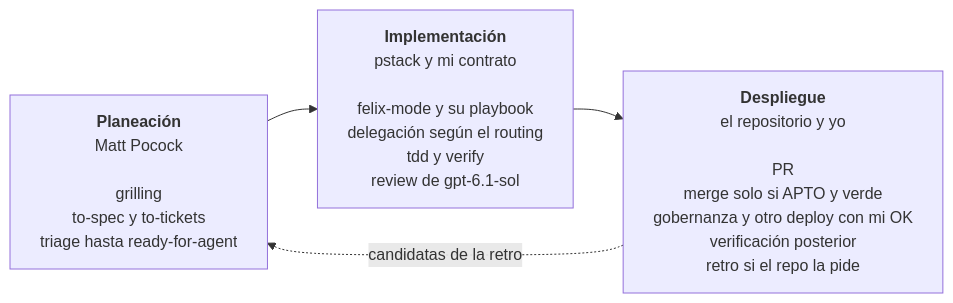
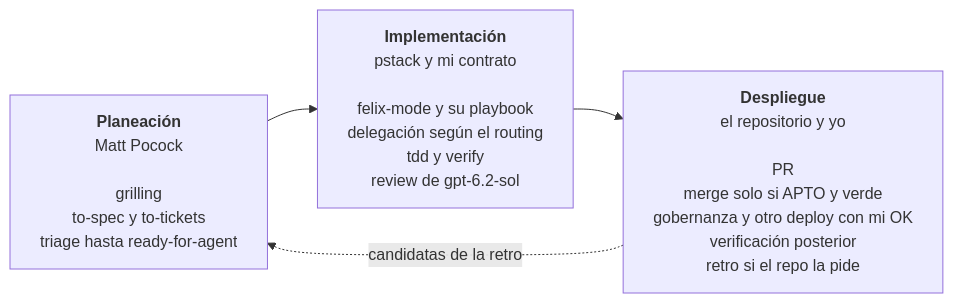
Before and after one commit to Cosmonaut-itc/felix-agent-engineering: the diagram in README.md, drawn with Mermaid. The commit also changed other lines of this file and 10 other files, not shown here.

First line of the commit message:
chore(routing): gpt-6.2-sol y gpt-6.2-astra sustituyen a 6.1-sol y 6-astra

````diff
--- a/README.md
+++ b/README.md
@@ -20,13 +20,13 @@
 ```mermaid
 ---
 config:
   flowchart:
     wrappingWidth: 320
 ---
 flowchart LR
   P["<b>Planeación</b><br/>Matt Pocock<br/><br/>grilling<br/>to-spec y to-tickets<br/>triage hasta ready-for-agent"]
-  I["<b>Implementación</b><br/>pstack y mi contrato<br/><br/>felix-mode y su playbook<br/>delegación según el routing<br/>tdd y verify<br/>review de gpt-6.1-sol"]
+  I["<b>Implementación</b><br/>pstack y mi contrato<br/><br/>felix-mode y su playbook<br/>delegación según el routing<br/>tdd y verify<br/>review de gpt-6.2-sol"]
   D["<b>Despliegue</b><br/>el repositorio y yo<br/><br/>PR<br/>merge solo si APTO y verde<br/>gobernanza y otro deploy con mi OK<br/>verificación posterior<br/>retro si el repo la pide"]
   P --> I --> D
   D -.->|candidatas de la retro| P
 ```
````
